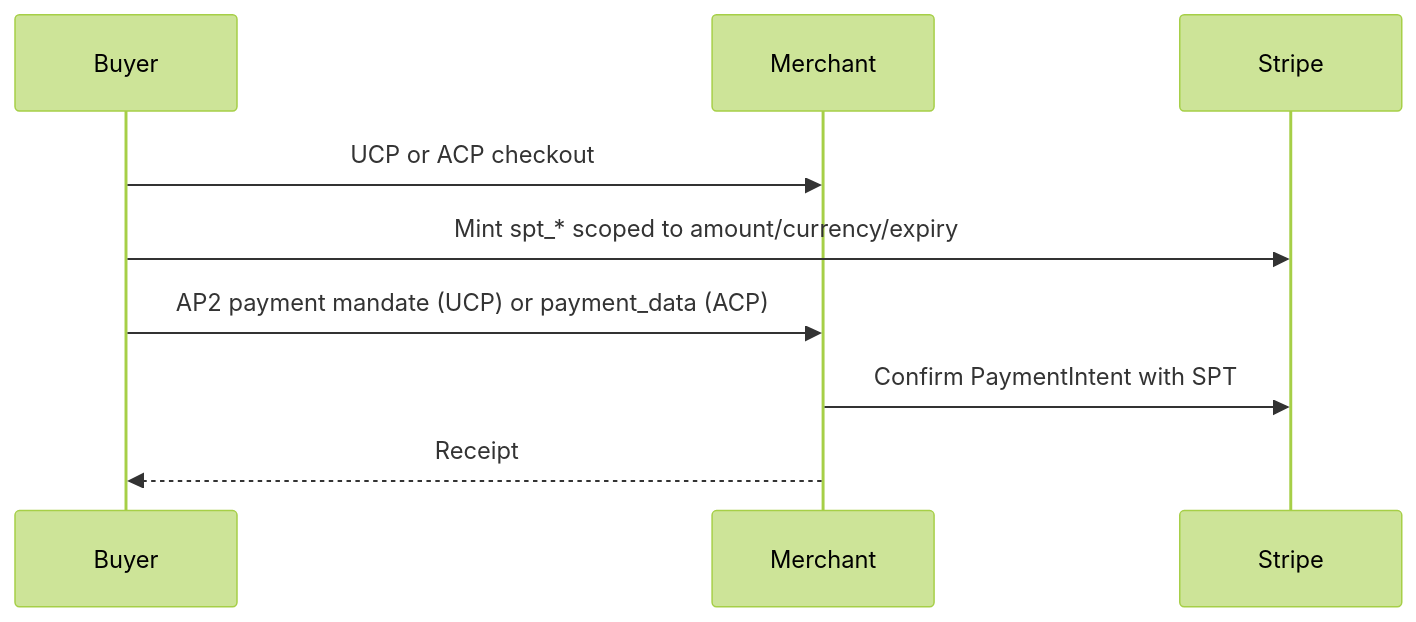
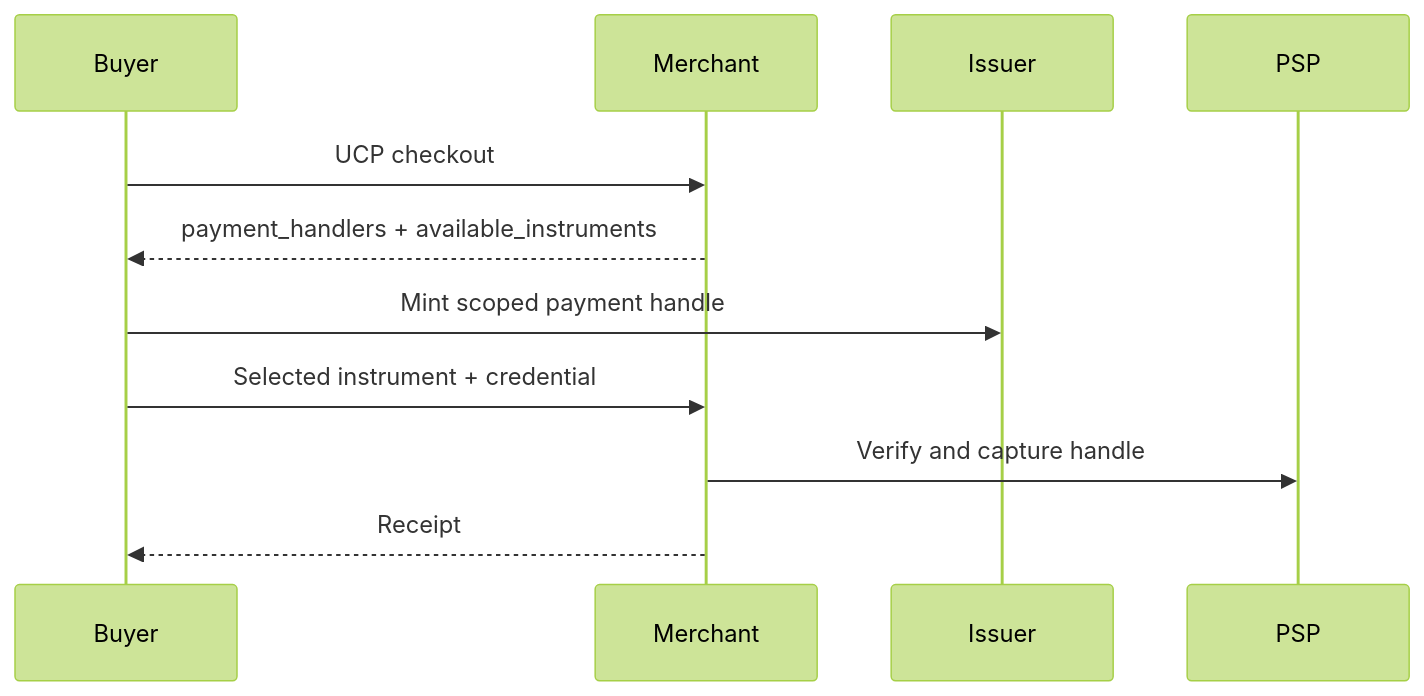
One commit to steelyard-dev/steelyard-sdk changed the diagram in README.md. Above: the diagram before and after it, drawn with Mermaid (forest theme). The commit also changed other lines of this file and 15 other files, not shown here.

````diff
--- a/README.md
+++ b/README.md
@@ -54,8 +56,9 @@
 ```mermaid
 sequenceDiagram
-  Buyer->>Merchant: UCP or ACP checkout
-  Buyer->>Stripe: Mint spt_* scoped to amount/currency/expiry
-  Buyer->>Merchant: AP2 payment mandate (UCP) or payment_data (ACP)
-  Merchant->>Stripe: Confirm PaymentIntent with SPT
+  Buyer->>Merchant: UCP checkout
+  Merchant-->>Buyer: payment_handlers + available_instruments
+  Buyer->>Issuer: Mint scoped payment handle
+  Buyer->>Merchant: Selected instrument + credential
+  Merchant->>PSP: Verify and capture handle
   Merchant-->>Buyer: Receipt
 ```
````
